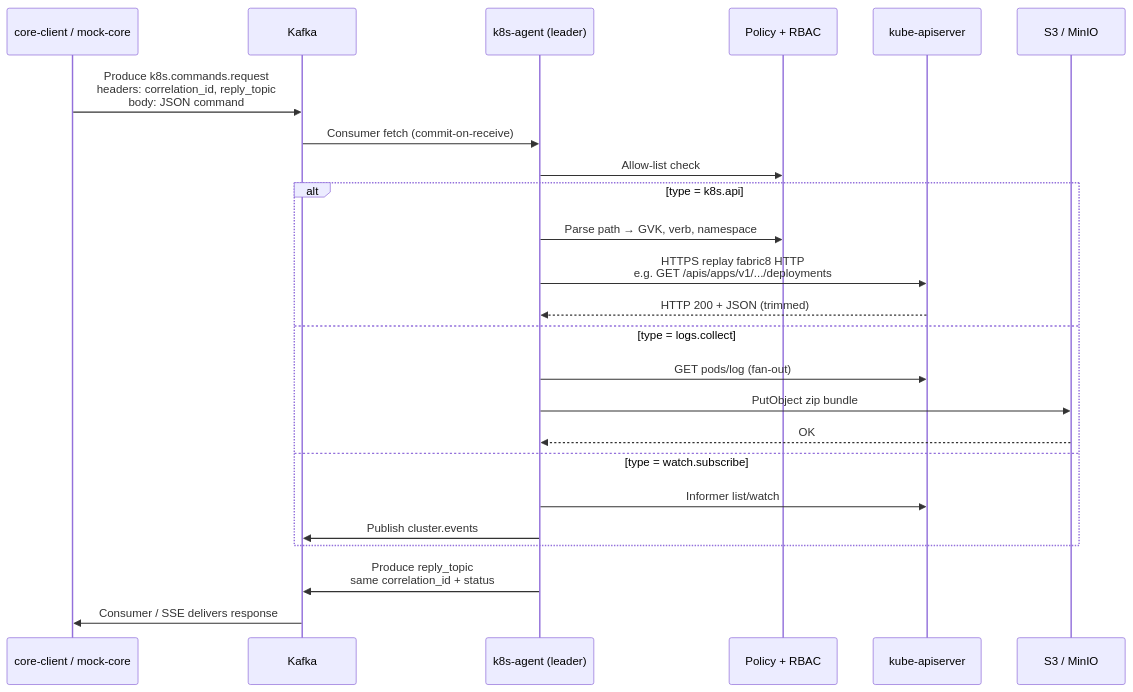
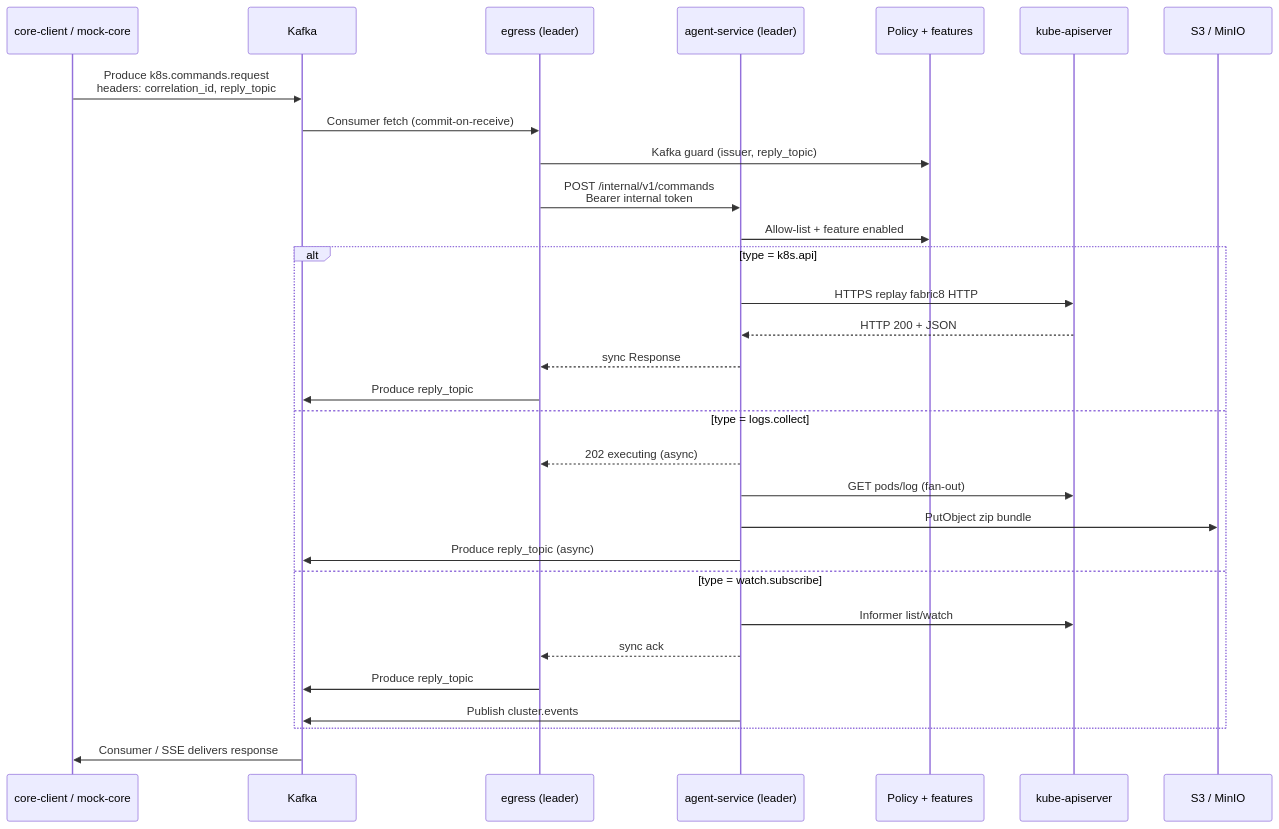
The fifth of 6 diagrams in docs/service-interaction-diagram.md (tormoz70/usmc-k8s-agent), drawn with Mermaid before and after one commit. The commit also changed other lines of this file and 38 other files, not shown here.

````diff
--- a/docs/service-interaction-diagram.md
+++ b/docs/service-interaction-diagram.md
@@ -203,27 +287,33 @@
 ```mermaid
 sequenceDiagram
     participant Core as core-client / mock-core
     participant Kafka as Kafka
-    participant Agent as k8s-agent (leader)
-    participant Policy as Policy + RBAC
+    participant Egress as egress (leader)
+    participant Agent as agent-service (leader)
+    participant Policy as Policy + features
     participant Kube as kube-apiserver
     participant S3 as S3 / MinIO
 
-    Core->>Kafka: Produce k8s.commands.request<br/>headers: correlation_id, reply_topic<br/>body: JSON command
-    Kafka->>Agent: Consumer fetch (commit-on-receive)
-    Agent->>Policy: Allow-list check
+    Core->>Kafka: Produce k8s.commands.request<br/>headers: correlation_id, reply_topic
+    Kafka->>Egress: Consumer fetch (commit-on-receive)
+    Egress->>Policy: Kafka guard (issuer, reply_topic)
+    Egress->>Agent: POST /internal/v1/commands<br/>Bearer internal token
+    Agent->>Policy: Allow-list + feature enabled
     alt type = k8s.api
-        Agent->>Policy: Parse path → GVK, verb, namespace
-        Agent->>Kube: HTTPS replay fabric8 HTTP<br/>e.g. GET /apis/apps/v1/.../deployments
-        Kube-->>Agent: HTTP 200 + JSON (trimmed)
+        Agent->>Kube: HTTPS replay fabric8 HTTP
+        Kube-->>Agent: HTTP 200 + JSON
+        Agent-->>Egress: sync Response
+        Egress->>Kafka: Produce reply_topic
     else type = logs.collect
+        Agent-->>Egress: 202 executing (async)
         Agent->>Kube: GET pods/log (fan-out)
         Agent->>S3: PutObject zip bundle
-        S3-->>Agent: OK
+        Agent->>Kafka: Produce reply_topic (async)
     else type = watch.subscribe
         Agent->>Kube: Informer list/watch
+        Agent-->>Egress: sync ack
+        Egress->>Kafka: Produce reply_topic
         Agent->>Kafka: Publish cluster.events
     end
-    Agent->>Kafka: Produce reply_topic<br/>same correlation_id + status
     Kafka->>Core: Consumer / SSE delivers response
 ```
````
